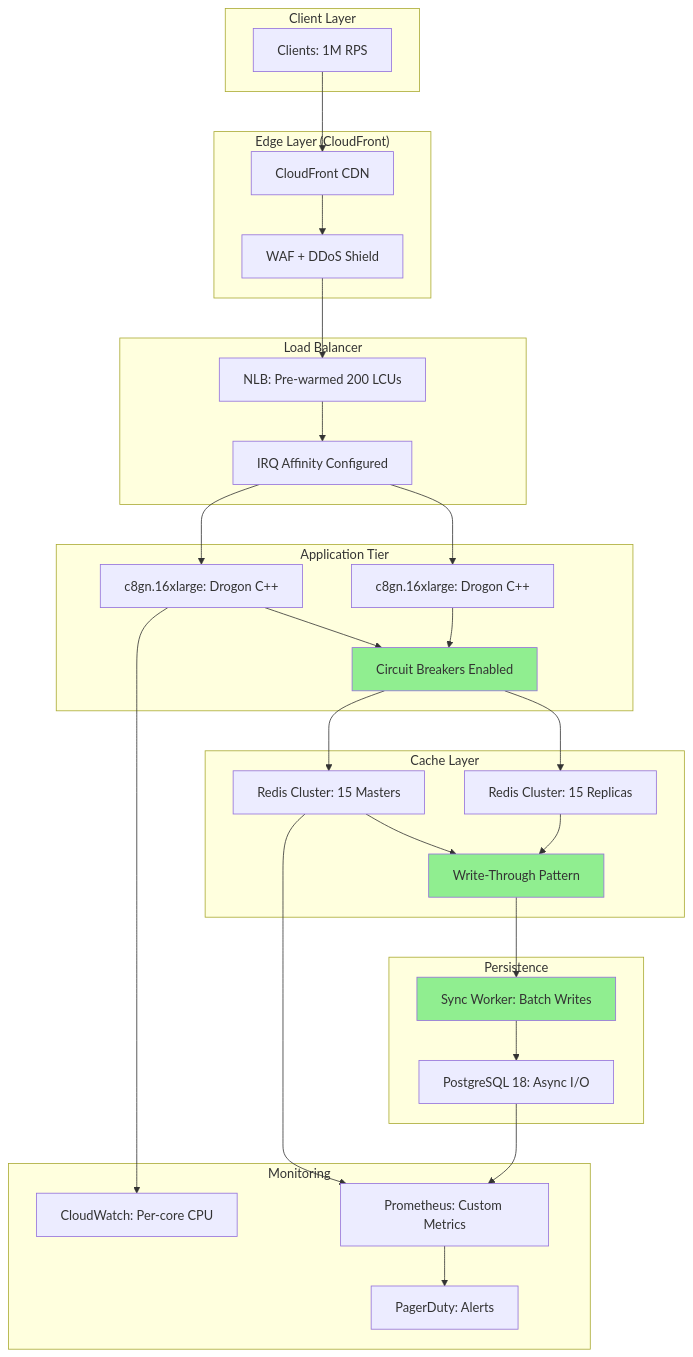
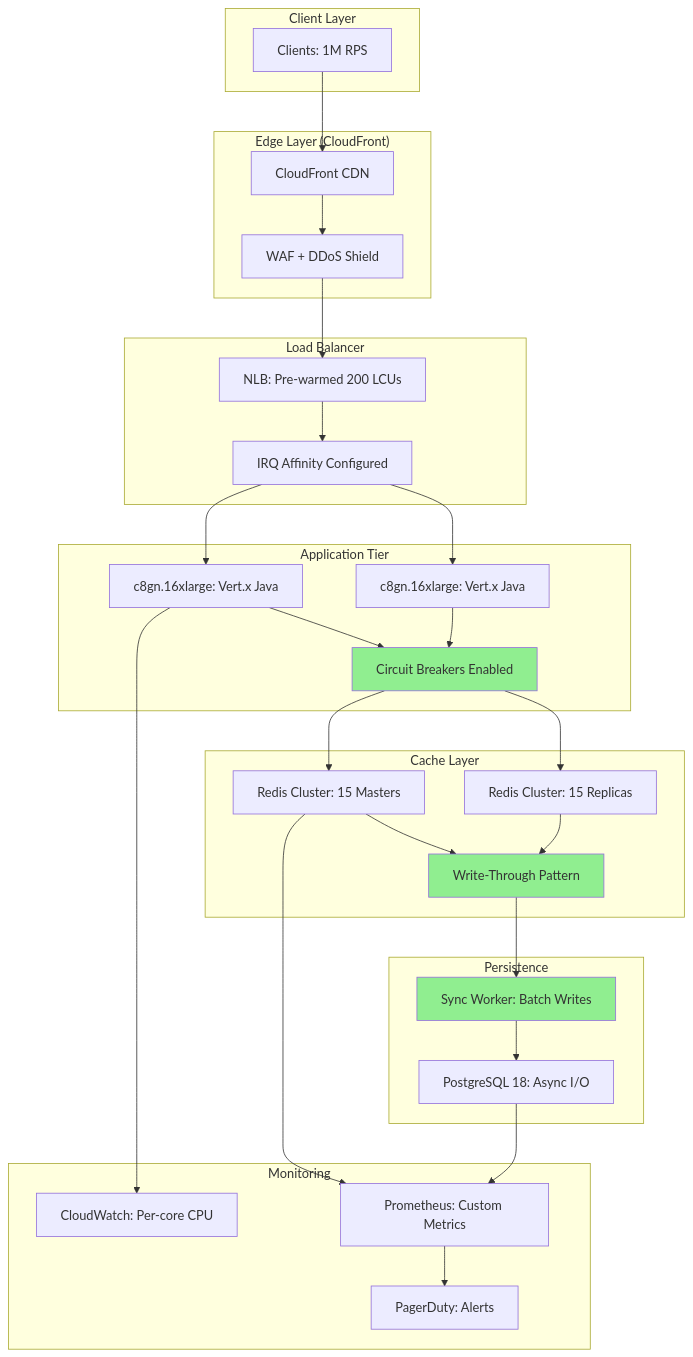
The fourth of 5 diagrams in Architecture/Scaling-1M-RPS-Java.md (rsrini7/Learnings), drawn with Mermaid before and after one commit. The commit also changed other lines of this file, not shown here.

First line of the commit message:
docs: update architecture blueprint with latest benchmark data

````diff
--- a/Architecture/Scaling-1M-RPS-Java.md
+++ b/Architecture/Scaling-1M-RPS-Java.md
@@ -890,63 +954,63 @@
 ```mermaid
 graph TB
     subgraph "Client Layer"
         A[Clients: 1M RPS]
     end
     
     subgraph "Edge Layer (CloudFront)"
         B[CloudFront CDN]
         C[WAF + DDoS Shield]
     end
     
     subgraph "Load Balancer"
         D[NLB: Pre-warmed 200 LCUs]
         E[IRQ Affinity Configured]
     end
     
     subgraph "Application Tier"
-        F1[c8gn.16xlarge: Drogon C++]
-        F2[c8gn.16xlarge: Drogon C++]
+        F1[c8gn.16xlarge: Vert.x Java]
+        F2[c8gn.16xlarge: Vert.x Java]
         G[Circuit Breakers Enabled]
     end
     
     subgraph "Cache Layer"
         H1[Redis Cluster: 15 Masters]
         H2[Redis Cluster: 15 Replicas]
         I[Write-Through Pattern]
     end
     
     subgraph "Persistence"
         J[PostgreSQL 18: Async I/O]
         K[Sync Worker: Batch Writes]
     end
     
     subgraph "Monitoring"
         L[CloudWatch: Per-core CPU]
         M[Prometheus: Custom Metrics]
         N[PagerDuty: Alerts]
     end
     
     A --> B
     B --> C
     C --> D
     D --> E
     E --> F1
     E --> F2
     F1 --> G
     F2 --> G
     G --> H1
     G --> H2
     H1 --> I
     H2 --> I
     I --> K
     K --> J
     
     F1 --> L
     H1 --> M
     J --> M
     M --> N
     
     style G fill:#90EE90
     style I fill:#90EE90
     style K fill:#90EE90
 ```
````
